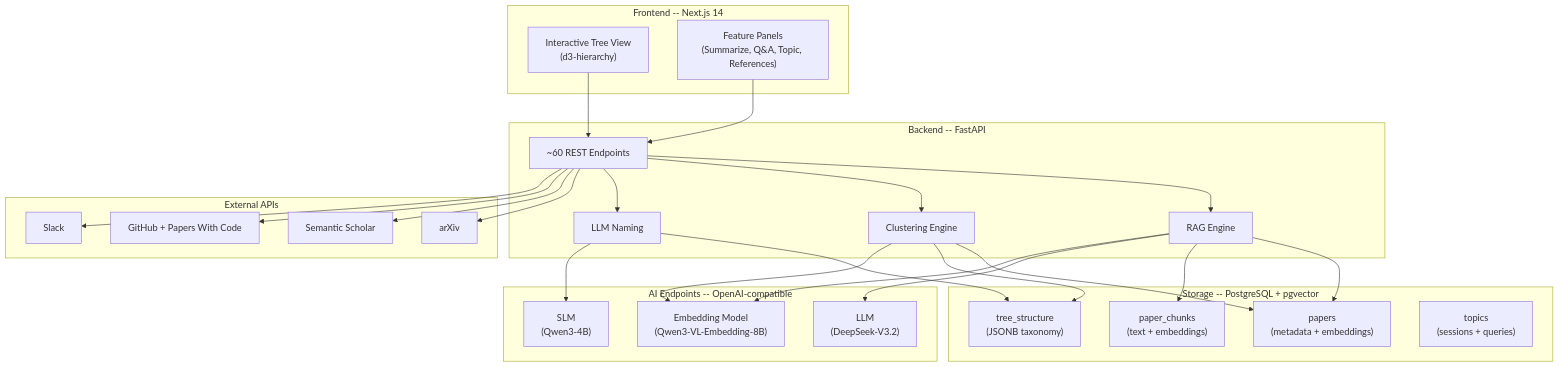
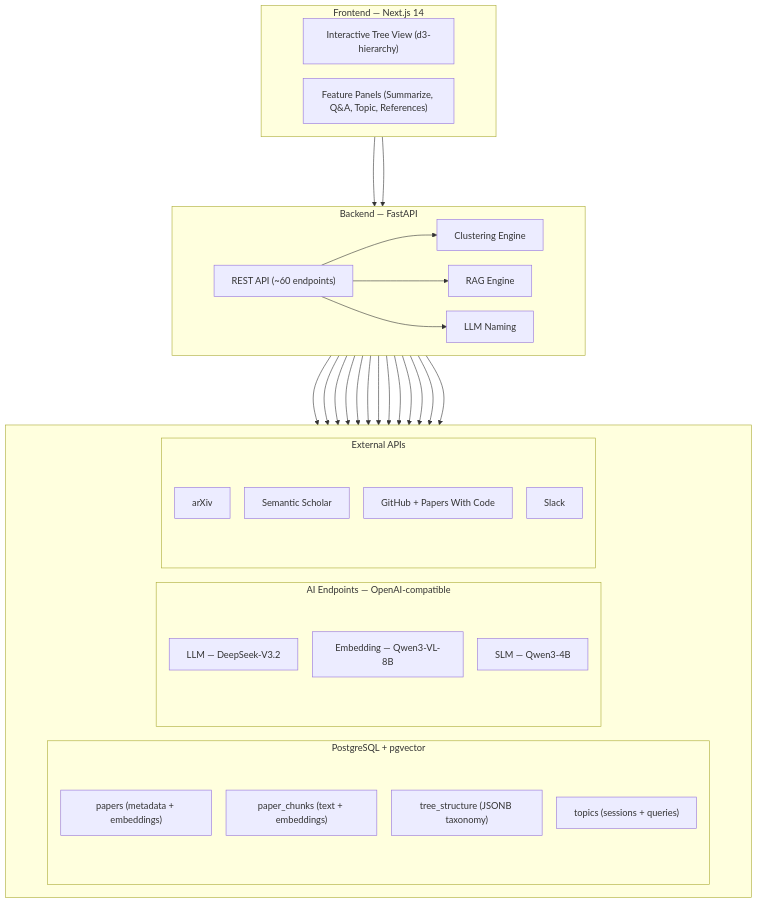
Before and after one commit to hawkoli1987/paper-curator: the diagram in doc/mechanism/02-architecture.md, drawn with Mermaid. The commit also changed 5 other files, not shown here.

````diff
--- a/doc/mechanism/02-architecture.md
+++ b/doc/mechanism/02-architecture.md
@@ -9,53 +9,64 @@
 ```mermaid
+%%{ init: { "flowchart": { "rankSpacing": 120, "nodeSpacing": 25 } } }%%
 flowchart TB
-    subgraph frontend [Frontend -- Next.js 14]
-        UI["Interactive Tree View<br/>(d3-hierarchy)"]
-        Panels["Feature Panels<br/>(Summarize, Q&A, Topic, References)"]
+    subgraph frontend ["Frontend — Next.js 14"]
+        direction LR
+        UI["Interactive Tree View (d3-hierarchy)"]
+        Panels["Feature Panels (Summarize, Q&A, Topic, References)"]
     end
 
-    subgraph backend [Backend -- FastAPI]
-        API["~60 REST Endpoints"]
+    subgraph backend ["Backend — FastAPI"]
+        direction LR
+        Cluster["Clustering Engine"]
         RAG["RAG Engine"]
-        Cluster["Clustering Engine"]
         Naming["LLM Naming"]
-    end
-
-    subgraph storage [Storage -- PostgreSQL + pgvector]
-        Papers["papers<br/>(metadata + embeddings)"]
-        Chunks["paper_chunks<br/>(text + embeddings)"]
-        Tree["tree_structure<br/>(JSONB taxonomy)"]
-        Topics["topics<br/>(sessions + queries)"]
-    end
-
-    subgraph ai [AI Endpoints -- OpenAI-compatible]
-        LLM["LLM<br/>(DeepSeek-V3.2)"]
-        SLM["SLM<br/>(Qwen3-4B)"]
-        Embed["Embedding Model<br/>(Qwen3-VL-Embedding-8B)"]
-    end
-
-    subgraph external [External APIs]
-        ArXiv[arXiv]
-        SemanticScholar[Semantic Scholar]
-        GitHub[GitHub + Papers With Code]
-        SlackAPI[Slack]
+        API["REST API (~60 endpoints)"]
     end
 
     UI --> API
     Panels --> API
+    API --> Cluster
     API --> RAG
-    API --> Cluster
     API --> Naming
+
+    subgraph deps [" "]
+        direction LR
+
+        subgraph storage ["PostgreSQL + pgvector"]
+            direction TB
+            Papers["papers (metadata + embeddings)"]
+            Chunks["paper_chunks (text + embeddings)"]
+            Tree["tree_structure (JSONB taxonomy)"]
+            Topics["topics (sessions + queries)"]
+        end
+
+        subgraph ai ["AI Endpoints — OpenAI-compatible"]
+            direction TB
+            LLM["LLM — DeepSeek-V3.2"]
+            Embed["Embedding — Qwen3-VL-8B"]
+            SLM["SLM — Qwen3-4B"]
+        end
+
+        subgraph external ["External APIs"]
+            direction TB
+            ArXiv["arXiv"]
+            SemanticScholar["Semantic Scholar"]
+            GitHub["GitHub + Papers With Code"]
+            SlackAPI["Slack"]
+        end
+    end
+
+    Cluster --> Papers
+    Cluster --> Tree
+    Cluster --> Embed
     RAG --> Papers
     RAG --> Chunks
-    Cluster --> Papers
-    Cluster --> Tree
-    Naming --> Tree
     RAG --> LLM
     RAG --> Embed
+    Naming --> Tree
     Naming --> SLM
-    Cluster --> Embed
     API --> ArXiv
     API --> SemanticScholar
     API --> GitHub
     API --> SlackAPI
 ```
````
